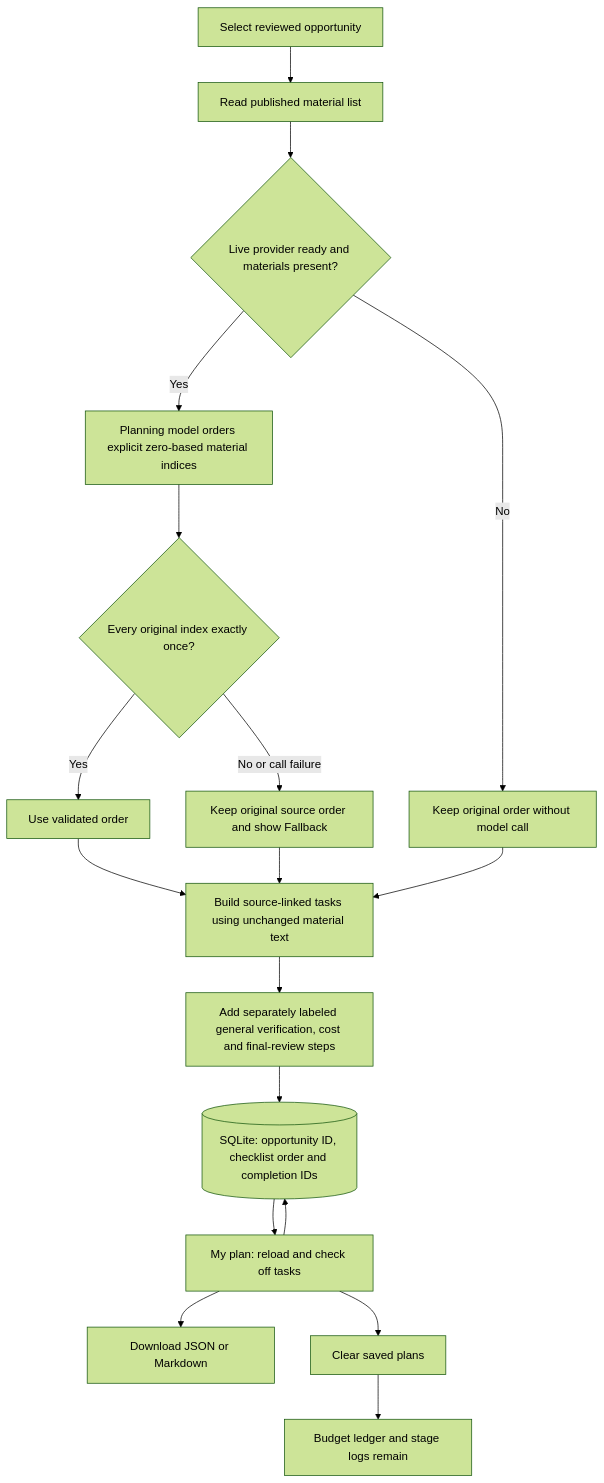
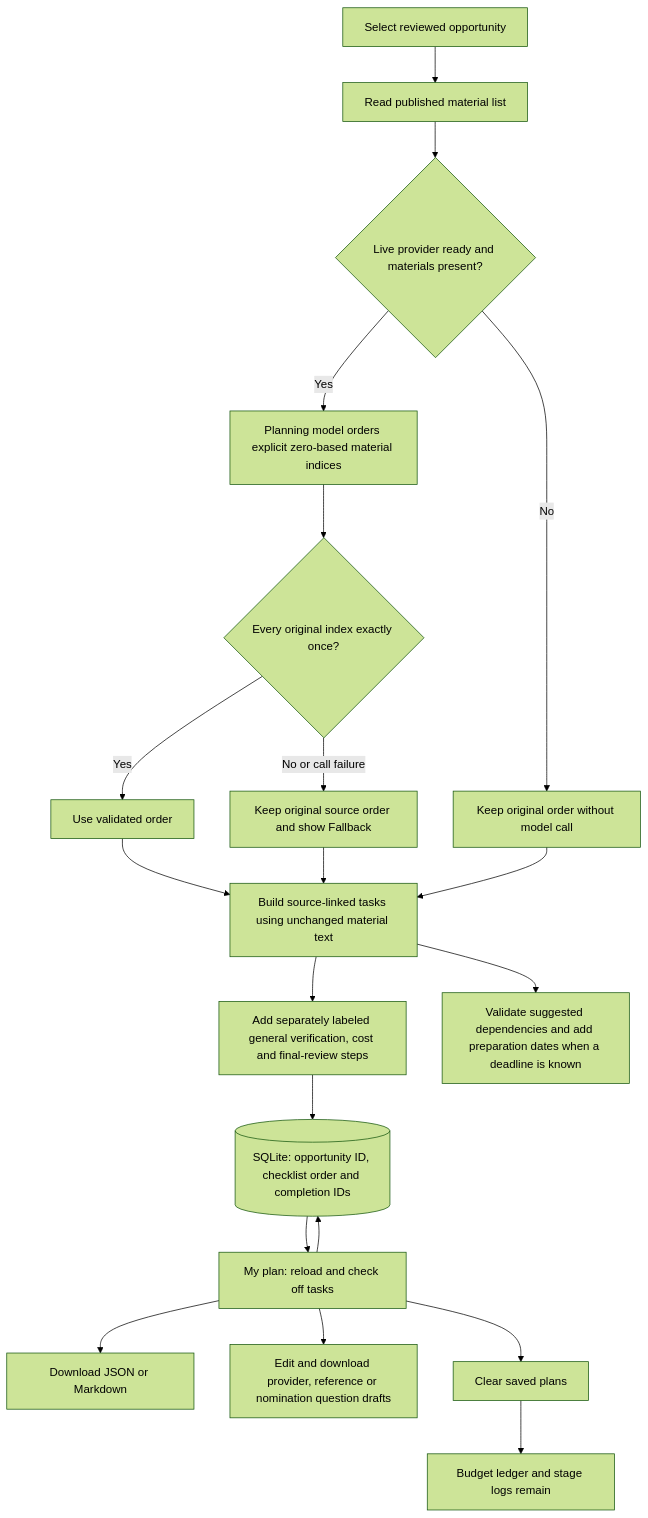
The diagram in docs/diagrams/07-planning-and-local-persistence.mmd (vineelad/equalstart), drawn with Mermaid (forest theme) before and after one commit. The commit also changed 107 other files, not shown here.

```diff
--- a/docs/diagrams/07-planning-and-local-persistence.mmd
+++ b/docs/diagrams/07-planning-and-local-persistence.mmd
@@ -1,18 +1,20 @@
 flowchart TD
     A[Select reviewed opportunity] --> B[Read published material list]
     B --> C{Live provider ready and materials present?}
     C -->|Yes| D[Planning model orders explicit zero-based material indices]
     D --> E{Every original index exactly once?}
     E -->|Yes| F[Use validated order]
     E -->|No or call failure| G[Keep original source order and show Fallback]
     C -->|No| H[Keep original order without model call]
     F --> TASK[Build source-linked tasks using unchanged material text]
     G --> TASK
     H --> TASK
     TASK --> GEN[Add separately labeled general verification, cost and final-review steps]
     GEN --> SAVE[(SQLite: opportunity ID, checklist order and completion IDs)]
     SAVE --> UI[My plan: reload and check off tasks]
     UI --> SAVE
     UI --> EXPORT[Download JSON or Markdown]
+    TASK --> DEP[Validate suggested dependencies and add preparation dates when a deadline is known]
+    UI --> DRAFT[Edit and download provider, reference or nomination question drafts]
     UI --> CLEAR[Clear saved plans]
     CLEAR --> RETAIN[Budget ledger and stage logs remain]
```
